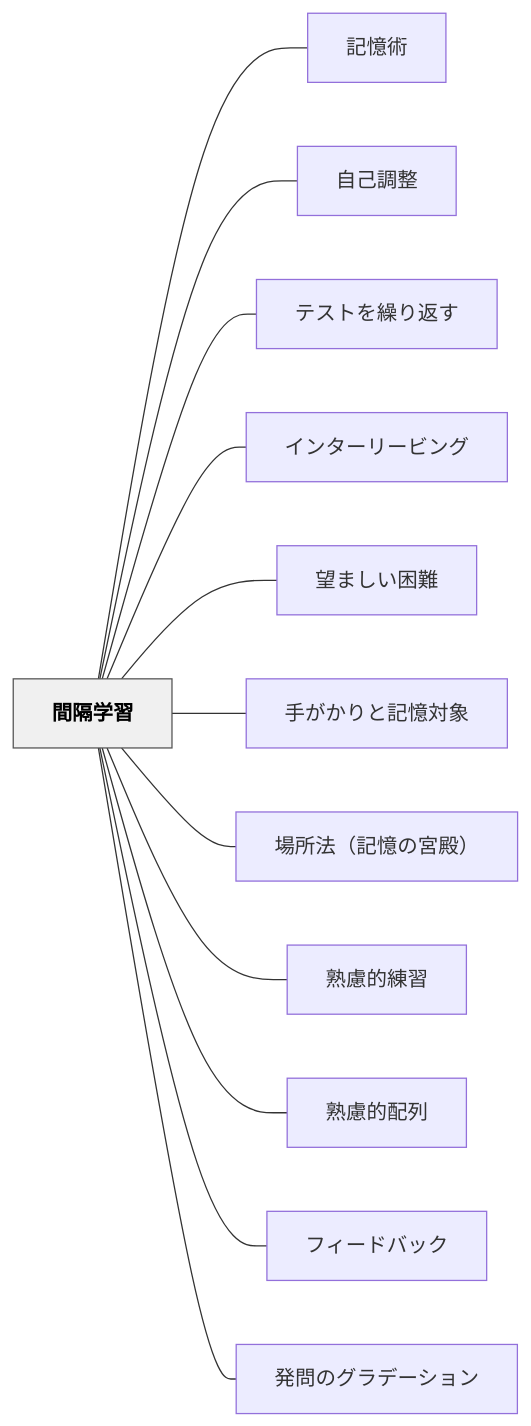
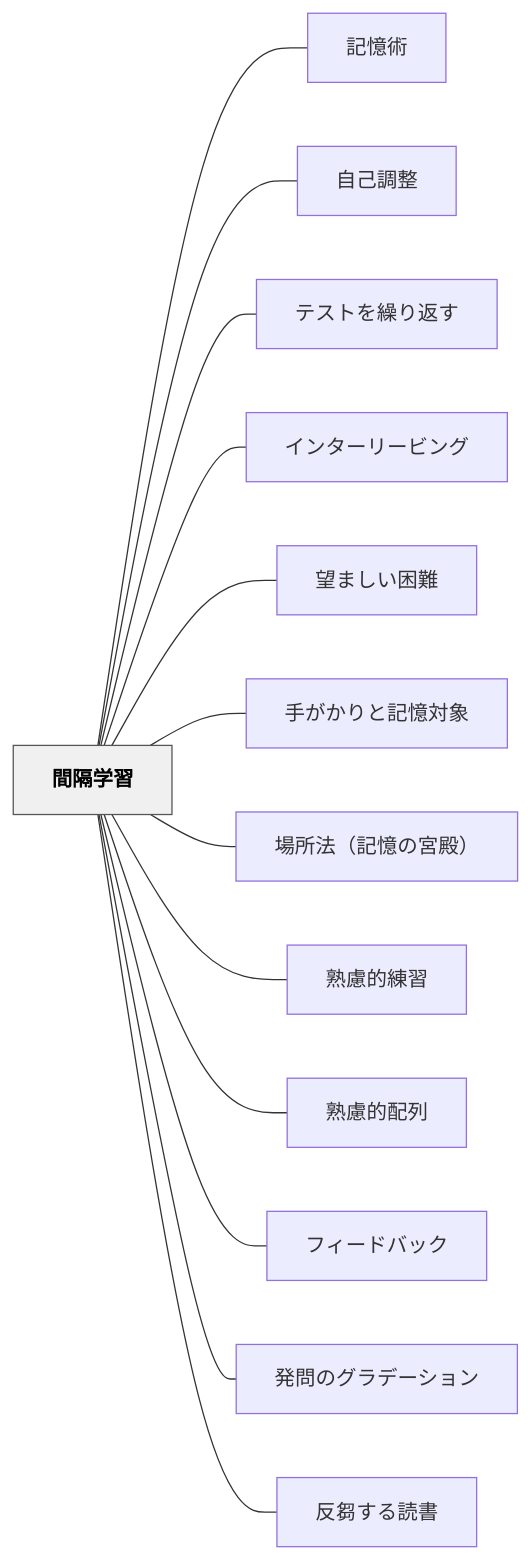
One commit to unknownthings-ed-patterns/unknownthings-ed-patterns changed the diagram in content/パタン/間隔学習.md. Above: the diagram before and after it, drawn with Mermaid. The commit also changed other lines of this file and 12 other files, not shown here.

````diff
--- a/content/パタン/間隔学習.md
+++ b/content/パタン/間隔学習.md
@@ -155,30 +165,32 @@
 ```mermaid
 flowchart LR
     ne99693e99a94e5ada6e7bf92["間隔学習"]
     ne8a898e686b6e8a193["記憶術"]
     ne887aae5b7b1e8aabfe695b4["自己調整"]
     ne38386e382b9e38388e38292e7b9b0e3828ae8bf94e38199["テストを繰り返す"]
     ne382a4e383b3e382bfe383bce383aae383bce38393e383b3e382b0["インターリービング"]
     ne69c9be381bee38197e38184e59bb0e99ba3["望ましい困難"]
     ne6898be3818ce3818be3828ae381a8e8a898e686b6e5afbee8b1a1["手がかりと記憶対象"]
     ne5a0b4e68980e6b395efbc88e8a898e686b6e381aee5aeaee6aebfefbc89["場所法（記憶の宮殿）"]
     ne7869fe685aee79a84e7b7b4e7bf92["熟慮的練習"]
     ne7869fe685aee79a84e9858de58897["熟慮的配列"]
     ne38395e382a3e383bce38389e38390e38383e382af["フィードバック"]
     ne799bae5958fe381aee382b0e383a9e38387e383bce382b7e383a7e383b3["発問のグラデーション"]
+    ne58f8de88abbe38199e3828be8aaade69bb8["反芻する読書"]
 
     ne99693e99a94e5ada6e7bf92 --- ne8a898e686b6e8a193
     ne99693e99a94e5ada6e7bf92 --- ne887aae5b7b1e8aabfe695b4
     ne99693e99a94e5ada6e7bf92 --- ne38386e382b9e38388e38292e7b9b0e3828ae8bf94e38199
     ne99693e99a94e5ada6e7bf92 --- ne382a4e383b3e382bfe383bce383aae383bce38393e383b3e382b0
     ne99693e99a94e5ada6e7bf92 --- ne69c9be381bee38197e38184e59bb0e99ba3
     ne99693e99a94e5ada6e7bf92 --- ne6898be3818ce3818be3828ae381a8e8a898e686b6e5afbee8b1a1
     ne99693e99a94e5ada6e7bf92 --- ne5a0b4e68980e6b395efbc88e8a898e686b6e381aee5aeaee6aebfefbc89
     ne99693e99a94e5ada6e7bf92 --- ne7869fe685aee79a84e7b7b4e7bf92
     ne99693e99a94e5ada6e7bf92 --- ne7869fe685aee79a84e9858de58897
     ne99693e99a94e5ada6e7bf92 --- ne38395e382a3e383bce38389e38390e38383e382af
     ne99693e99a94e5ada6e7bf92 --- ne799bae5958fe381aee382b0e383a9e38387e383bce382b7e383a7e383b3
+    ne99693e99a94e5ada6e7bf92 --- ne58f8de88abbe38199e3828be8aaade69bb8
 
     classDef hub fill:#f0f0f0,stroke:#555,color:#000,font-weight:bold
     class ne99693e99a94e5ada6e7bf92 hub
 ```
````
